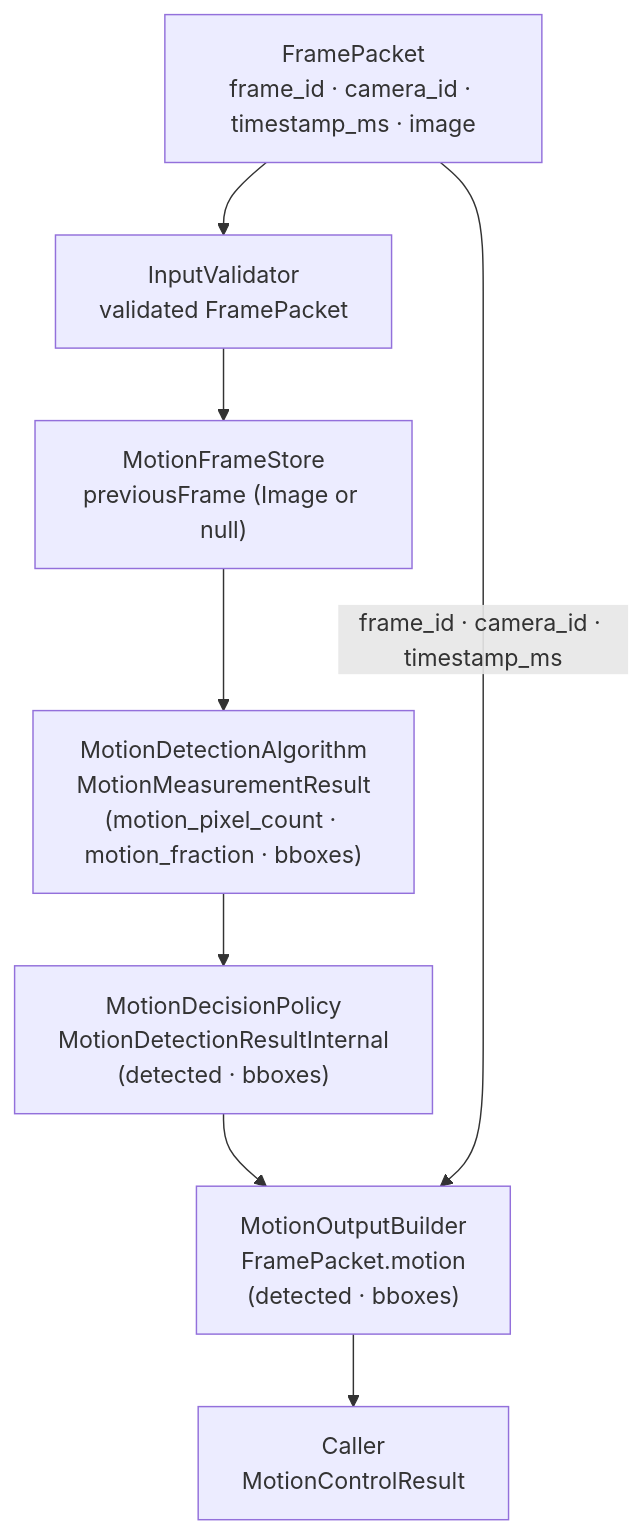
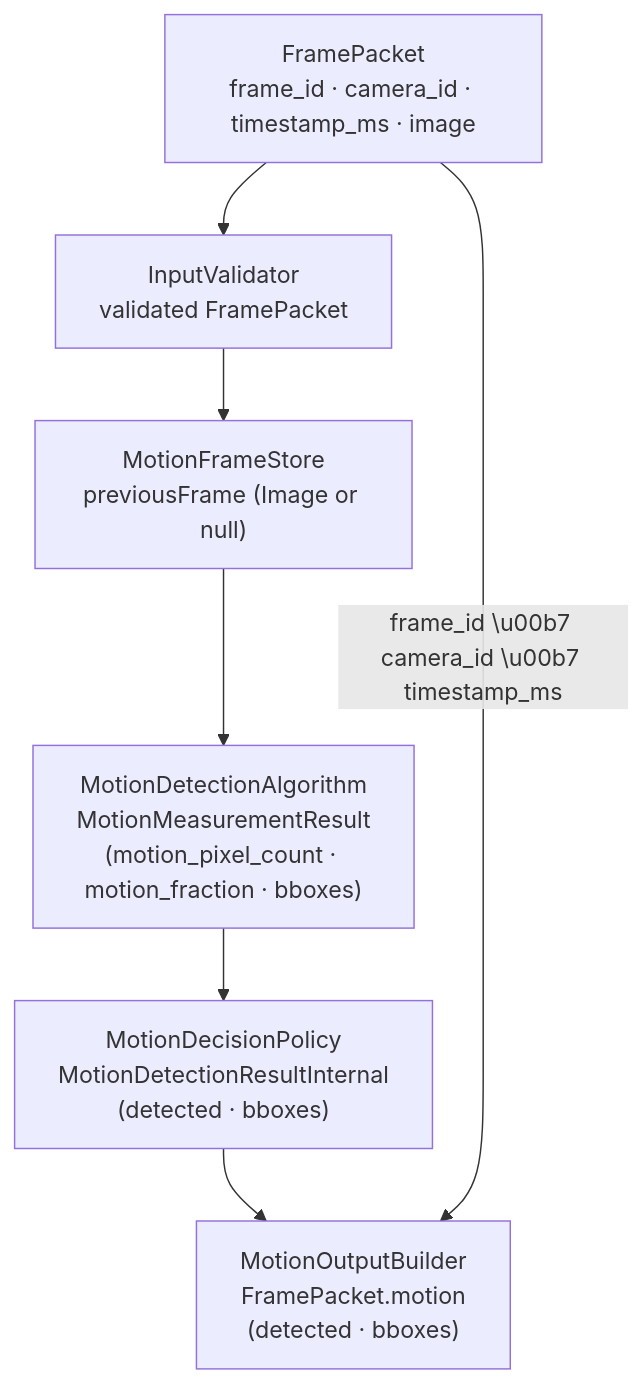
One commit to talifruman/camera-recognition changed the third of 3 diagrams in doc/image_processing_service/motion_detection.md. Above: the diagram before and after it, drawn with Mermaid. The commit also changed other lines of this file and 142 other files, not shown here.

````diff
--- a/doc/image_processing_service/motion_detection.md
+++ b/doc/image_processing_service/motion_detection.md
@@ -518,18 +514,16 @@
 ```mermaid
 flowchart TD
     A["FramePacket\nframe_id · camera_id · timestamp_ms · image"]
     B["InputValidator\nvalidated FramePacket"]
     C["MotionFrameStore\npreviousFrame (Image or null)"]
     D["MotionDetectionAlgorithm\nMotionMeasurementResult\n(motion_pixel_count · motion_fraction · bboxes)"]
     E["MotionDecisionPolicy\nMotionDetectionResultInternal\n(detected · bboxes)"]
     F["MotionOutputBuilder\nFramePacket.motion\n(detected · bboxes)"]
-    G["Caller\nMotionControlResult"]
 
     A --> B
     B --> C
     C --> D
     D --> E
     E --> F
-    A -->|"frame_id · camera_id · timestamp_ms"| F
-    F --> G
+    A -->|"frame_id \u00b7 camera_id \u00b7 timestamp_ms"| F
 ```
````
